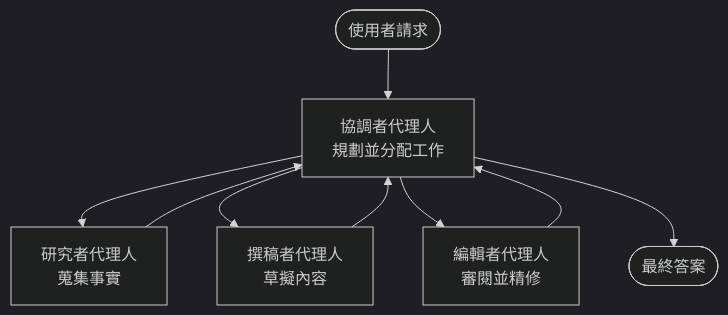
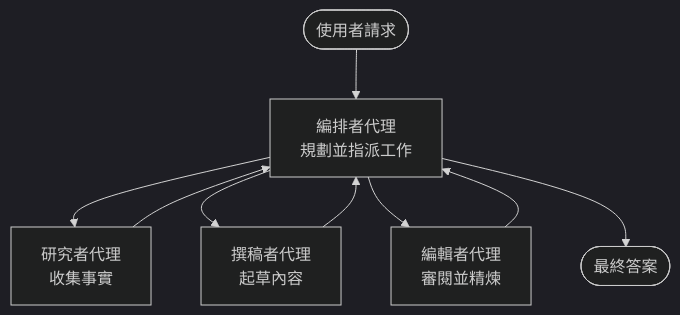
One commit to microsoft/AZD-for-beginners changed the diagram in translations/zh-TW/docs/chapter-05-multi-agent/multi-agent-basics.md. Above: the diagram before and after it, drawn with Mermaid (dark theme). The commit also changed other lines of this file and 61 other files, not shown here.

````diff
--- a/translations/zh-TW/docs/chapter-05-multi-agent/multi-agent-basics.md
+++ b/translations/zh-TW/docs/chapter-05-multi-agent/multi-agent-basics.md
@@ -43,11 +43,11 @@
 ```mermaid
 graph TD
-    User([使用者請求]) --> Orchestrator[協調者代理人<br/>規劃並分配工作]
-    Orchestrator --> Researcher[研究者代理人<br/>蒐集事實]
-    Orchestrator --> Writer[撰稿者代理人<br/>草擬內容]
-    Orchestrator --> Editor[編輯者代理人<br/>審閱並精修]
+    User([使用者請求]) --> Orchestrator[編排者代理<br/>規劃並指派工作]
+    Orchestrator --> Researcher[研究者代理<br/>收集事實]
+    Orchestrator --> Writer[撰稿者代理<br/>起草內容]
+    Orchestrator --> Editor[編輯者代理<br/>審閱並精煉]
     Researcher --> Orchestrator
     Writer --> Orchestrator
     Editor --> Orchestrator
     Orchestrator --> Result([最終答案])
 ```
````
